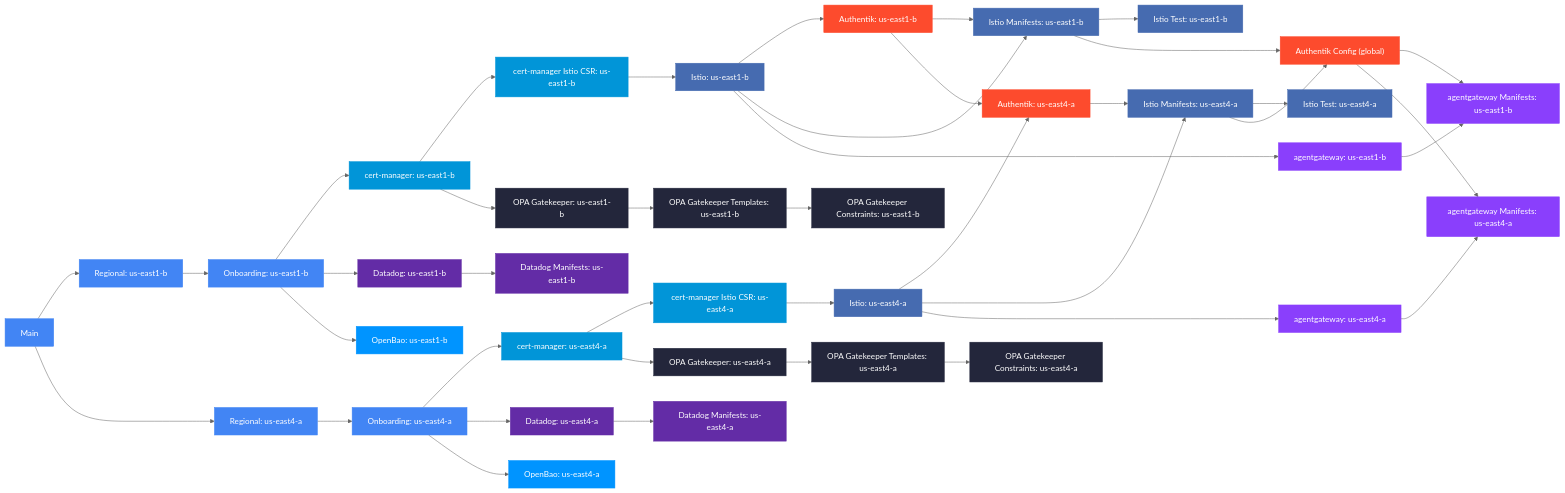
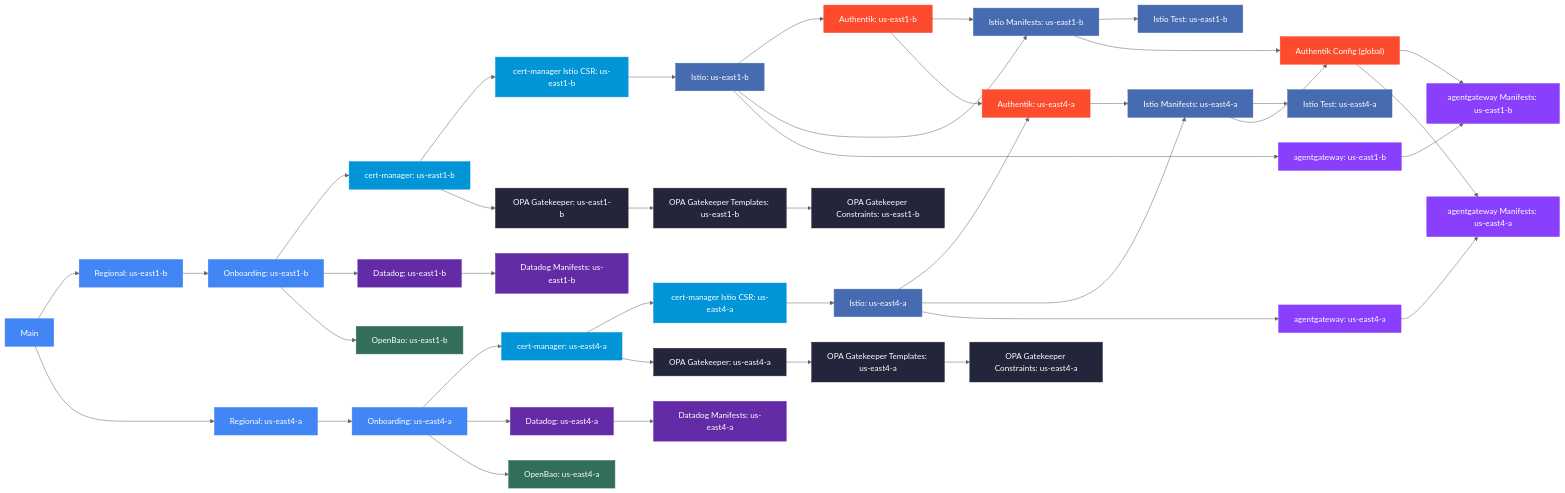
The diagram in README.md (osinfra-io/pt-pneuma), drawn with Mermaid (neutral theme) before and after one commit.

Commit message:
Use OpenBao site green in dependency graph

````diff
--- a/README.md
+++ b/README.md
@@ -42,55 +42,55 @@
 ```mermaid
 flowchart LR
     classDef gke fill:#4285F4,stroke:#4285F4,color:#fff
     classDef certmanager fill:#0195D8,stroke:#0195D8,color:#fff
     classDef istio fill:#466BB0,stroke:#466BB0,color:#fff
     classDef datadog fill:#632CA6,stroke:#632CA6,color:#fff
     classDef opa fill:#23263B,stroke:#23263B,color:#fff
     classDef authentik fill:#FD4B2D,stroke:#FD4B2D,color:#fff
     classDef agentgateway fill:#8A3FFC,stroke:#8A3FFC,color:#fff
-    classDef openbao fill:#0094FF,stroke:#0094FF,color:#fff
+    classDef openbao fill:#336D5C,stroke:#336D5C,color:#fff
 
     main["Main"]:::gke
 
     main --> z1_regional["Regional: us-east1-b"]:::gke
     z1_regional --> z1_onboarding["Onboarding: us-east1-b"]:::gke
     z1_onboarding --> z1_cert_manager["cert-manager: us-east1-b"]:::certmanager
     z1_onboarding --> z1_datadog["Datadog: us-east1-b"]:::datadog
     z1_onboarding --> z1_openbao["OpenBao: us-east1-b"]:::openbao
     z1_cert_manager --> z1_cert_manager_istio_csr["cert-manager Istio CSR: us-east1-b"]:::certmanager
     z1_cert_manager --> z1_opa_gatekeeper["OPA Gatekeeper: us-east1-b"]:::opa
     z1_cert_manager_istio_csr --> z1_istio["Istio: us-east1-b"]:::istio
     z1_istio --> z1_authentik["Authentik: us-east1-b"]:::authentik
     z1_istio --> z1_istio_manifests["Istio Manifests: us-east1-b"]:::istio
     z1_authentik --> z1_istio_manifests
     z1_istio_manifests --> z1_istio_test["Istio Test: us-east1-b"]:::istio
     z1_istio --> z1_agentgateway["agentgateway: us-east1-b"]:::agentgateway
     z1_agentgateway --> z1_agentgateway_manifests["agentgateway Manifests: us-east1-b"]:::agentgateway
     authentik_config --> z1_agentgateway_manifests
     z1_datadog --> z1_datadog_manifests["Datadog Manifests: us-east1-b"]:::datadog
     z1_opa_gatekeeper --> z1_opa_templates["OPA Gatekeeper Templates: us-east1-b"]:::opa
     z1_opa_templates --> z1_opa_constraints["OPA Gatekeeper Constraints: us-east1-b"]:::opa
 
     main --> z2_regional["Regional: us-east4-a"]:::gke
     z2_regional --> z2_onboarding["Onboarding: us-east4-a"]:::gke
     z2_onboarding --> z2_cert_manager["cert-manager: us-east4-a"]:::certmanager
     z2_onboarding --> z2_datadog["Datadog: us-east4-a"]:::datadog
     z2_onboarding --> z2_openbao["OpenBao: us-east4-a"]:::openbao
     z2_cert_manager --> z2_cert_manager_istio_csr["cert-manager Istio CSR: us-east4-a"]:::certmanager
     z2_cert_manager --> z2_opa_gatekeeper["OPA Gatekeeper: us-east4-a"]:::opa
     z2_cert_manager_istio_csr --> z2_istio["Istio: us-east4-a"]:::istio
     z1_authentik --> z2_authentik["Authentik: us-east4-a"]:::authentik
     z2_istio --> z2_authentik
     z2_istio --> z2_istio_manifests["Istio Manifests: us-east4-a"]:::istio
     z2_authentik --> z2_istio_manifests
     z2_istio_manifests --> z2_istio_test["Istio Test: us-east4-a"]:::istio
     z2_istio --> z2_agentgateway["agentgateway: us-east4-a"]:::agentgateway
     z2_agentgateway --> z2_agentgateway_manifests["agentgateway Manifests: us-east4-a"]:::agentgateway
     authentik_config --> z2_agentgateway_manifests
     z2_datadog --> z2_datadog_manifests["Datadog Manifests: us-east4-a"]:::datadog
     z2_opa_gatekeeper --> z2_opa_templates["OPA Gatekeeper Templates: us-east4-a"]:::opa
     z2_opa_templates --> z2_opa_constraints["OPA Gatekeeper Constraints: us-east4-a"]:::opa
 
     z1_istio_manifests --> authentik_config["Authentik Config (global)"]:::authentik
     z2_istio_manifests --> authentik_config
 ```
````
